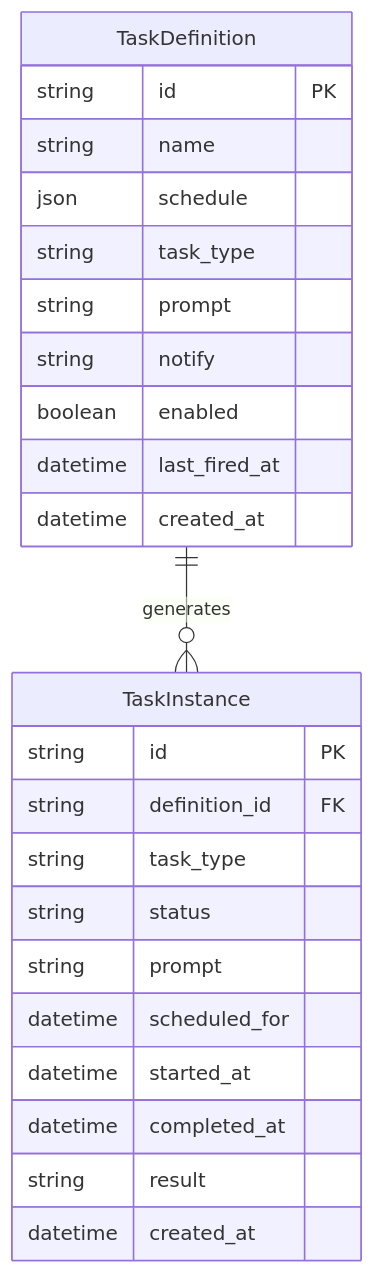
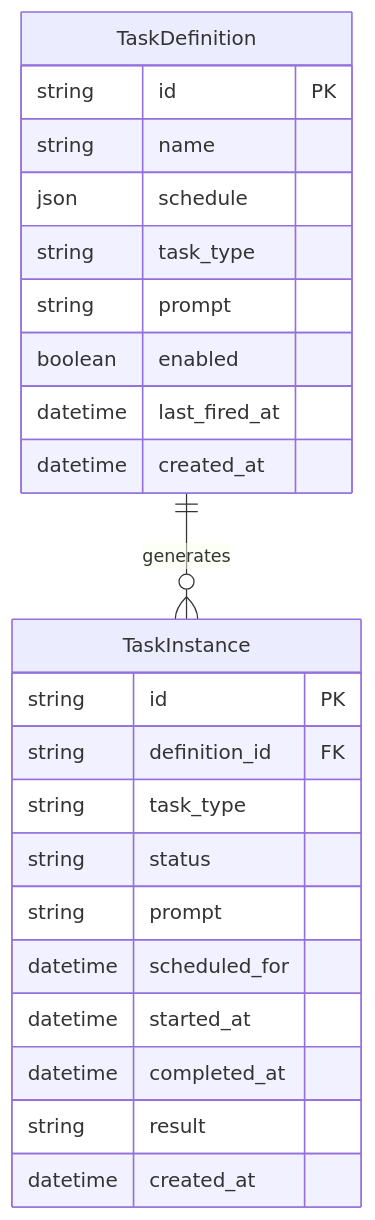
Before and after one commit to asermax/tachikoma: the second of 3 diagrams in docs/feature-designs/tasks/task-management.md, drawn with Mermaid. The commit also changed other lines of this file and 7 other files, not shown here.

````diff
--- a/docs/feature-designs/tasks/task-management.md
+++ b/docs/feature-designs/tasks/task-management.md
@@ -122,27 +121,26 @@
 ```mermaid
 erDiagram
     TaskDefinition ||--o{ TaskInstance : "generates"
     TaskDefinition {
         string id PK
         string name
         json schedule
         string task_type
         string prompt
-        string notify
         boolean enabled
         datetime last_fired_at
         datetime created_at
     }
     TaskInstance {
         string id PK
         string definition_id FK
         string task_type
         string status
         string prompt
         datetime scheduled_for
         datetime started_at
         datetime completed_at
         string result
         datetime created_at
     }
 ```
````
